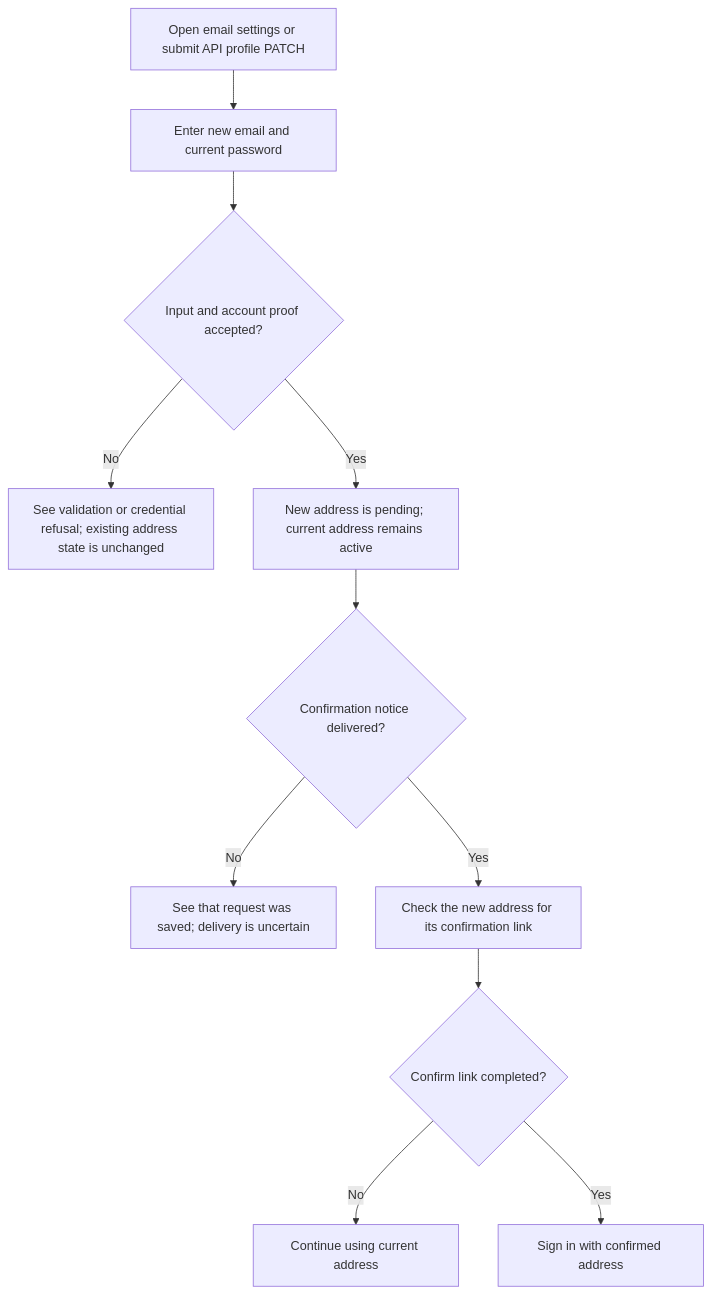
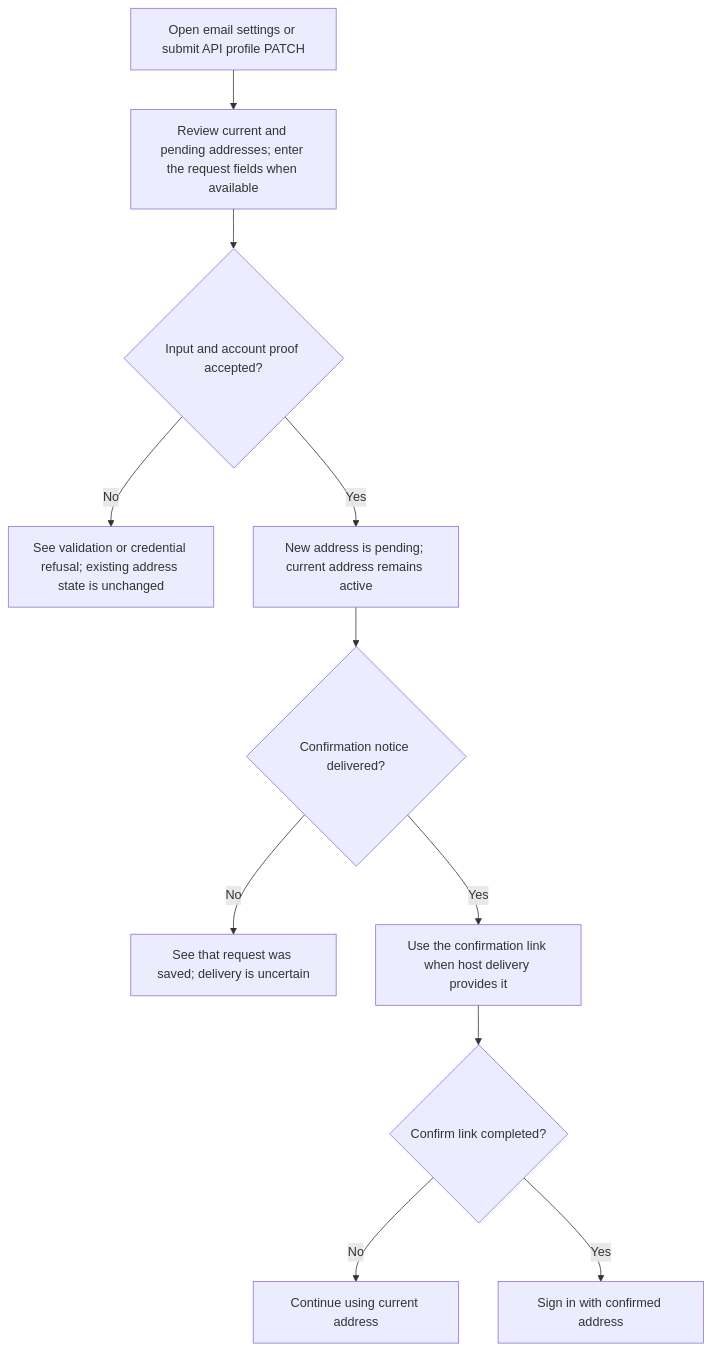
The first of 2 diagrams in user-stories/accounts/us-account-05-request-email-change.md (Kevinjohn/oss-adonisjs-starter-examples), drawn with Mermaid before and after one commit. The commit also changed other lines of this file and 29 other files, not shown here.

````diff
--- a/user-stories/accounts/us-account-05-request-email-change.md
+++ b/user-stories/accounts/us-account-05-request-email-change.md
@@ -31,13 +34,13 @@
 ```mermaid
 flowchart TD
-    A["Open email settings or submit API profile PATCH"] --> B["Enter new email and current password"]
+    A["Open email settings or submit API profile PATCH"] --> B["Review current and pending addresses; enter the request fields when available"]
     B --> C{"Input and account proof accepted?"}
     C -->|No| D["See validation or credential refusal; existing address state is unchanged"]
     C -->|Yes| E["New address is pending; current address remains active"]
     E --> F{"Confirmation notice delivered?"}
     F -->|No| G["See that request was saved; delivery is uncertain"]
-    F -->|Yes| H["Check the new address for its confirmation link"]
+    F -->|Yes| H["Use the confirmation link when host delivery provides it"]
     H --> I{"Confirm link completed?"}
     I -->|No| J["Continue using current address"]
     I -->|Yes| K["Sign in with confirmed address"]
 ```
````
